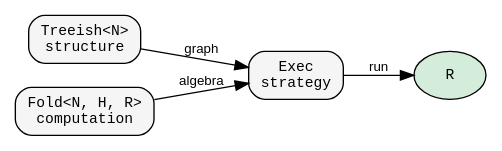
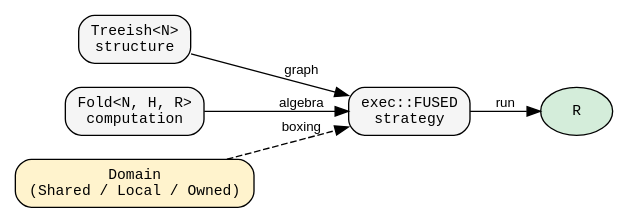
Before and after one commit to hylic-recursion/hylic-docs: the second of 2 diagrams in book/src/concepts/separation.md, drawn with Graphviz. The commit also changed other lines of this file and 22 other files, not shown here.

First line of the commit message:
Domain architecture: docs rewrite, exec:: pattern, guides

````diff
--- a/book/src/concepts/separation.md
+++ b/book/src/concepts/separation.md
@@ -119,16 +122,18 @@
 ```dot process
 digraph {
     rankdir=LR;
     node [shape=box, style="rounded,filled", fillcolor="#f5f5f5", fontname="monospace", fontsize=11];
     edge [fontname="sans-serif", fontsize=10];
 
     Treeish [label="Treeish<N>\nstructure"];
     Fold [label="Fold<N, H, R>\ncomputation"];
-    Exec [label="Exec\nstrategy"];
+    Exec [label="exec::FUSED\nstrategy"];
+    Domain [label="Domain\n(Shared / Local / Owned)", fillcolor="#fff3cd"];
     R [label="R", shape=ellipse, style=filled, fillcolor="#d4edda"];
 
     Treeish -> Exec [label="graph"];
     Fold -> Exec [label="algebra"];
+    Domain -> Exec [label="boxing", style=dashed];
     Exec -> R [label="run"];
 }
 ```
````
